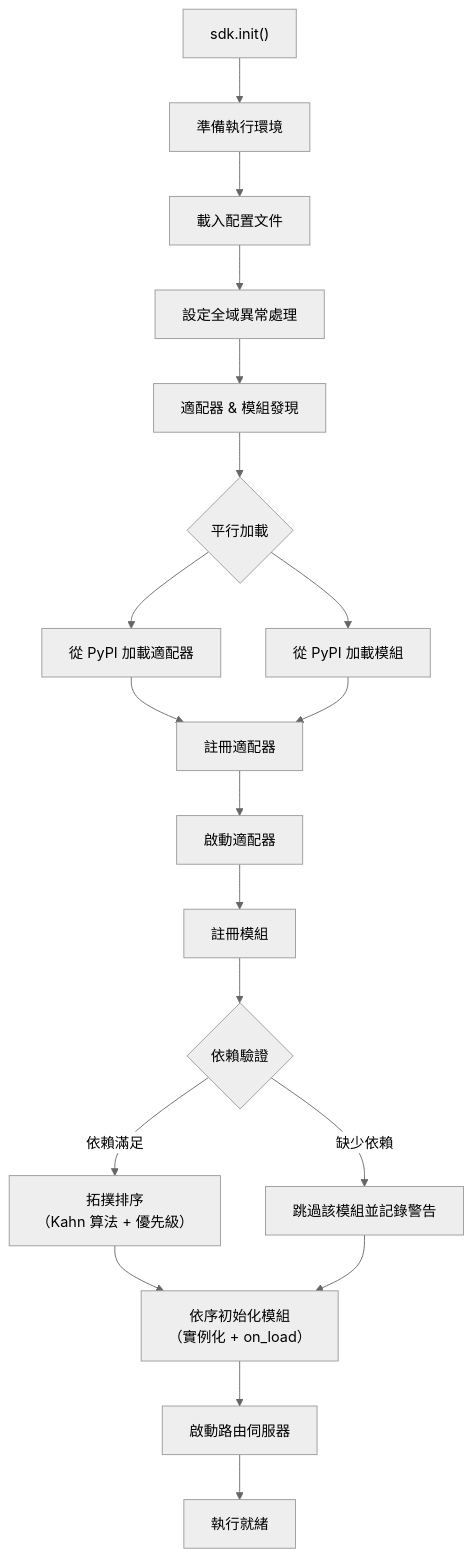
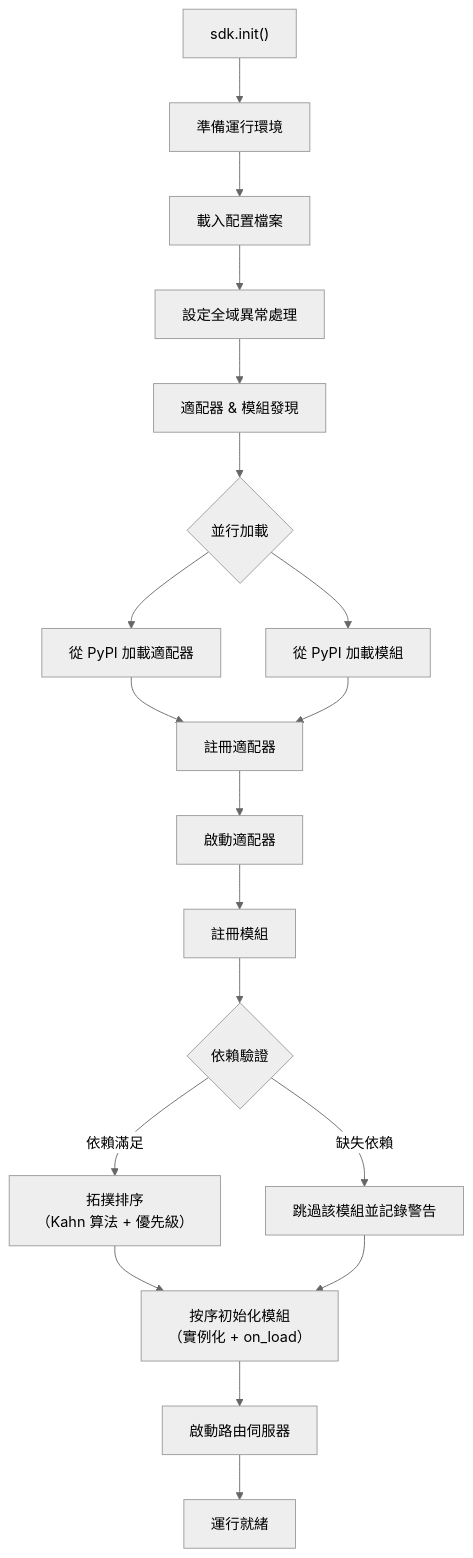
Before and after one commit to ErisPulse/ErisPulse: the second of 10 diagrams in docs/zh-TW/architecture.md, drawn with Mermaid (neutral theme). The commit also changed other lines of this file and 828 other files, not shown here.

````diff
--- a/docs/zh-TW/architecture.md
+++ b/docs/zh-TW/architecture.md
@@ -59,20 +62,20 @@
 ```mermaid
 flowchart TD
-    A["sdk.init()"] --> B["準備執行環境"]
-    B --> B1["載入配置文件"]
+    A["sdk.init()"] --> B["準備運行環境"]
+    B --> B1["載入配置檔案"]
     B1 --> B2["設定全域異常處理"]
     B2 --> C["適配器 & 模組發現"]
-    C --> D{"平行加載"}
+    C --> D{"並行加載"}
     D --> D1["從 PyPI 加載適配器"]
     D --> D2["從 PyPI 加載模組"]
     D1 & D2 --> E["註冊適配器"]
     E --> E1["啟動適配器"]
     E1 --> F["註冊模組"]
     F --> F1{"依賴驗證"}
-    F1 -->|"缺少依賴"| F2["跳過該模組並記錄警告"]
+    F1 -->|"缺失依賴"| F2["跳過該模組並記錄警告"]
     F1 -->|"依賴滿足"| F3["拓撲排序<br/>（Kahn 算法 + 優先級）"]
-    F3 --> G["依序初始化模組<br/>（實例化 + on_load）"]
+    F3 --> G["按序初始化模組<br/>（實例化 + on_load）"]
     F2 --> G
     G --> H["啟動路由伺服器"]
-    H --> K["執行就緒"]
+    H --> K["運行就緒"]
 ```
````
